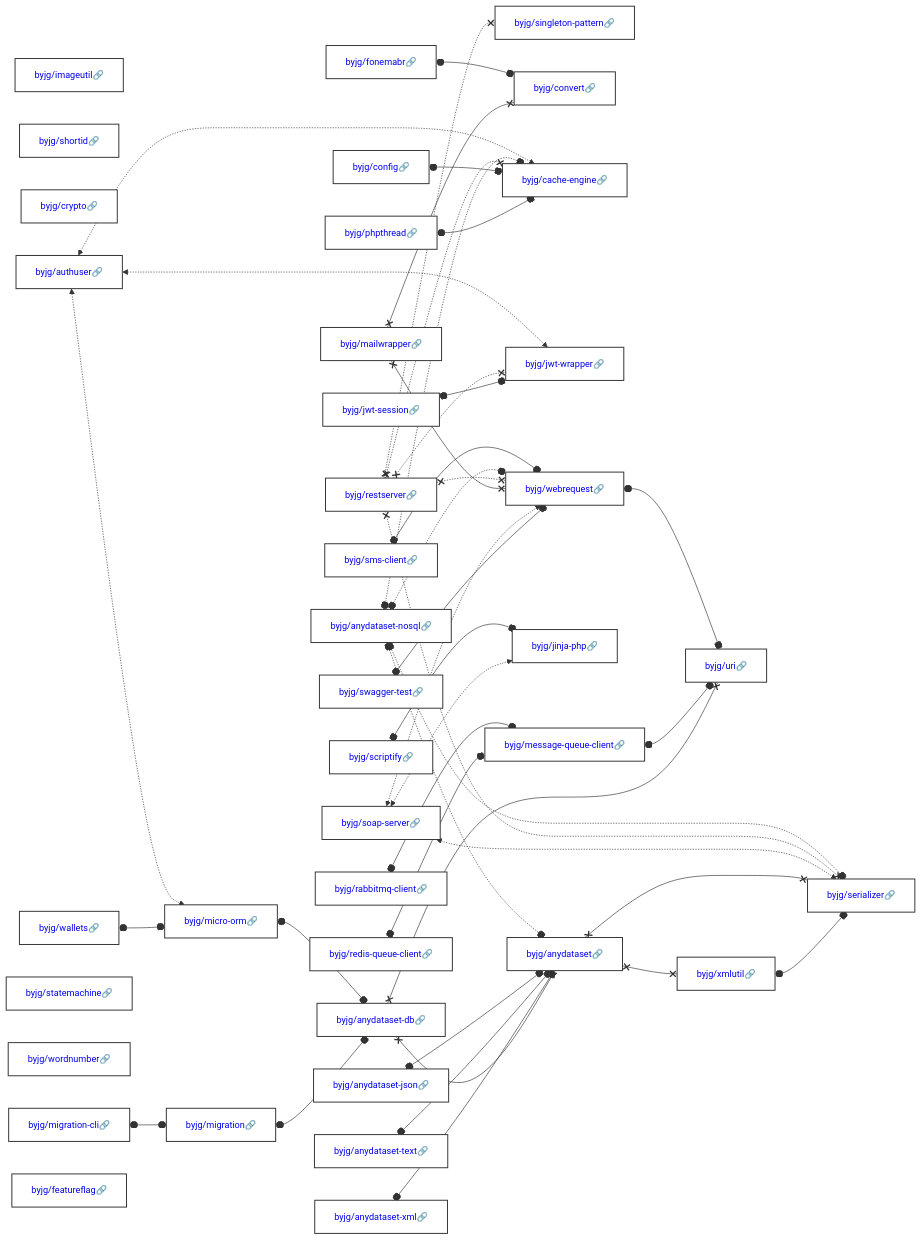
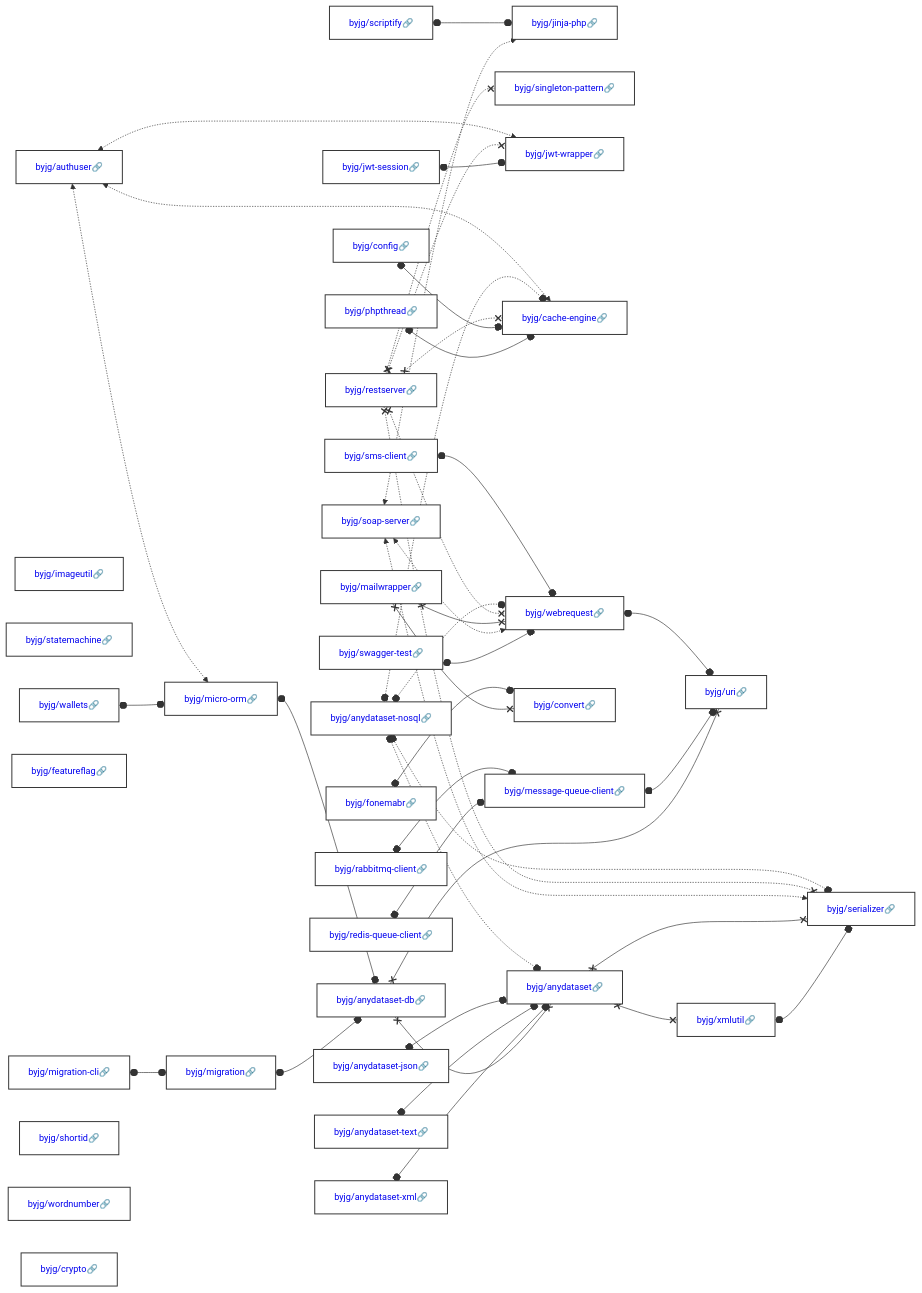
The diagram in docs/php/README.md (byjg/byjg.github.io), drawn with Mermaid before and after one commit. The commit also changed other lines of this file, not shown here.

Commit message:
Update documentation 'php' 'php-imageutil'

````diff
--- a/docs/php/README.md
+++ b/docs/php/README.md
@@ -3,38 +3,38 @@
 ```mermaid
 graph LR;
+  byjg/anydataset-xml[<a href='https://opensource.byjg.com/docs/php/anydataset-xml' style='text-decoration:none'>byjg/anydataset-xml🔗</a>];
+  byjg/migration-cli[<a href='https://opensource.byjg.com/docs/php/migration-cli' style='text-decoration:none'>byjg/migration-cli🔗</a>];
+  byjg/rabbitmq-client[<a href='https://opensource.byjg.com/docs/php/rabbitmq-client' style='text-decoration:none'>byjg/rabbitmq-client🔗</a>];
+  byjg/imageutil[<a href='https://opensource.byjg.com/docs/php/imageutil' style='text-decoration:none'>byjg/imageutil🔗</a>];
+  byjg/soap-server[<a href='https://opensource.byjg.com/docs/php/soap-server' style='text-decoration:none'>byjg/soap-server🔗</a>];
+  byjg/scriptify[<a href='https://opensource.byjg.com/docs/php/scriptify' style='text-decoration:none'>byjg/scriptify🔗</a>];
+  byjg/restserver[<a href='https://opensource.byjg.com/docs/php/restserver' style='text-decoration:none'>byjg/restserver🔗</a>];
+  byjg/anydataset-nosql[<a href='https://opensource.byjg.com/docs/php/anydataset-nosql' style='text-decoration:none'>byjg/anydataset-nosql🔗</a>];
+  byjg/config[<a href='https://opensource.byjg.com/docs/php/config' style='text-decoration:none'>byjg/config🔗</a>];
+  byjg/statemachine[<a href='https://opensource.byjg.com/docs/php/statemachine' style='text-decoration:none'>byjg/statemachine🔗</a>];
+  byjg/authuser[<a href='https://opensource.byjg.com/docs/php/authuser' style='text-decoration:none'>byjg/authuser🔗</a>];
+  byjg/jwt-session[<a href='https://opensource.byjg.com/docs/php/jwt-session' style='text-decoration:none'>byjg/jwt-session🔗</a>];
+  byjg/featureflag[<a href='https://opensource.byjg.com/docs/php/featureflag' style='text-decoration:none'>byjg/featureflag🔗</a>];
+  byjg/swagger-test[<a href='https://opensource.byjg.com/docs/php/swagger-test' style='text-decoration:none'>byjg/swagger-test🔗</a>];
+  byjg/wallets[<a href='https://opensource.byjg.com/docs/php/wallets' style='text-decoration:none'>byjg/wallets🔗</a>];
   byjg/sms-client[<a href='https://opensource.byjg.com/docs/php/sms-client' style='text-decoration:none'>byjg/sms-client🔗</a>];
-  byjg/config[<a href='https://opensource.byjg.com/docs/php/config' style='text-decoration:none'>byjg/config🔗</a>];
+  byjg/fonemabr[<a href='https://opensource.byjg.com/docs/php/fonemabr' style='text-decoration:none'>byjg/fonemabr🔗</a>];
+  byjg/shortid[<a href='https://opensource.byjg.com/docs/php/shortid' style='text-decoration:none'>byjg/shortid🔗</a>];
+  byjg/wordnumber[<a href='https://opensource.byjg.com/docs/php/wordnumber' style='text-decoration:none'>byjg/wordnumber🔗</a>];
+  byjg/anydataset-text[<a href='https://opensource.byjg.com/docs/php/anydataset-text' style='text-decoration:none'>byjg/anydataset-text🔗</a>];
+  byjg/phpthread[<a href='https://opensource.byjg.com/docs/php/phpthread' style='text-decoration:none'>byjg/phpthread🔗</a>];
+  byjg/redis-queue-client[<a href='https://opensource.byjg.com/docs/php/redis-queue-client' style='text-decoration:none'>byjg/redis-queue-client🔗</a>];
   byjg/mailwrapper[<a href='https://opensource.byjg.com/docs/php/mailwrapper' style='text-decoration:none'>byjg/mailwrapper🔗</a>];
-  byjg/imageutil[<a href='https://opensource.byjg.com/docs/php/imageutil' style='text-decoration:none'>byjg/imageutil🔗</a>];
-  byjg/phpthread[<a href='https://opensource.byjg.com/docs/php/phpthread' style='text-decoration:none'>byjg/phpthread🔗</a>];
-  byjg/anydataset-text[<a href='https://opensource.byjg.com/docs/php/anydataset-text' style='text-decoration:none'>byjg/anydataset-text🔗</a>];
-  byjg/restserver[<a href='https://opensource.byjg.com/docs/php/restserver' style='text-decoration:none'>byjg/restserver🔗</a>];
-  byjg/shortid[<a href='https://opensource.byjg.com/docs/php/shortid' style='text-decoration:none'>byjg/shortid🔗</a>];
+  byjg/crypto[<a href='https://opensource.byjg.com/docs/php/crypto' style='text-decoration:none'>byjg/crypto🔗</a>];
   byjg/anydataset-json[<a href='https://opensource.byjg.com/docs/php/anydataset-json' style='text-decoration:none'>byjg/anydataset-json🔗</a>];
-  byjg/crypto[<a href='https://opensource.byjg.com/docs/php/crypto' style='text-decoration:none'>byjg/crypto🔗</a>];
-  byjg/authuser[<a href='https://opensource.byjg.com/docs/php/authuser' style='text-decoration:none'>byjg/authuser🔗</a>];
-  byjg/scriptify[<a href='https://opensource.byjg.com/docs/php/scriptify' style='text-decoration:none'>byjg/scriptify🔗</a>];
-  byjg/migration-cli[<a href='https://opensource.byjg.com/docs/php/migration-cli' style='text-decoration:none'>byjg/migration-cli🔗</a>];
-  byjg/fonemabr[<a href='https://opensource.byjg.com/docs/php/fonemabr' style='text-decoration:none'>byjg/fonemabr🔗</a>];
-  byjg/statemachine[<a href='https://opensource.byjg.com/docs/php/statemachine' style='text-decoration:none'>byjg/statemachine🔗</a>];
-  byjg/redis-queue-client[<a href='https://opensource.byjg.com/docs/php/redis-queue-client' style='text-decoration:none'>byjg/redis-queue-client🔗</a>];
-  byjg/wordnumber[<a href='https://opensource.byjg.com/docs/php/wordnumber' style='text-decoration:none'>byjg/wordnumber🔗</a>];
-  byjg/wallets[<a href='https://opensource.byjg.com/docs/php/wallets' style='text-decoration:none'>byjg/wallets🔗</a>];
-  byjg/anydataset-nosql[<a href='https://opensource.byjg.com/docs/php/anydataset-nosql' style='text-decoration:none'>byjg/anydataset-nosql🔗</a>];
-  byjg/jwt-session[<a href='https://opensource.byjg.com/docs/php/jwt-session' style='text-decoration:none'>byjg/jwt-session🔗</a>];
-  byjg/rabbitmq-client[<a href='https://opensource.byjg.com/docs/php/rabbitmq-client' style='text-decoration:none'>byjg/rabbitmq-client🔗</a>];
-  byjg/swagger-test[<a href='https://opensource.byjg.com/docs/php/swagger-test' style='text-decoration:none'>byjg/swagger-test🔗</a>];
-  byjg/featureflag[<a href='https://opensource.byjg.com/docs/php/featureflag' style='text-decoration:none'>byjg/featureflag🔗</a>];
-  byjg/anydataset-xml[<a href='https://opensource.byjg.com/docs/php/anydataset-xml' style='text-decoration:none'>byjg/anydataset-xml🔗</a>];
-  byjg/soap-server[<a href='https://opensource.byjg.com/docs/php/soap-server' style='text-decoration:none'>byjg/soap-server🔗</a>];
+  byjg/migration[<a href='https://opensource.byjg.com/docs/php/migration' style='text-decoration:none'>byjg/migration🔗</a>];
+  byjg/jinja-php[<a href='https://opensource.byjg.com/docs/php/jinja-php' style='text-decoration:none'>byjg/jinja-php🔗</a>];
   byjg/singleton-pattern[<a href='https://opensource.byjg.com/docs/php/singleton-pattern' style='text-decoration:none'>byjg/singleton-pattern🔗</a>];
-  byjg/migration[<a href='https://opensource.byjg.com/docs/php/migration' style='text-decoration:none'>byjg/migration🔗</a>];
-  byjg/convert[<a href='https://opensource.byjg.com/docs/php/convert' style='text-decoration:none'>byjg/convert🔗</a>];
+  byjg/jwt-wrapper[<a href='https://opensource.byjg.com/docs/php/jwt-wrapper' style='text-decoration:none'>byjg/jwt-wrapper🔗</a>];
   byjg/micro-orm[<a href='https://opensource.byjg.com/docs/php/micro-orm' style='text-decoration:none'>byjg/micro-orm🔗</a>];
   byjg/cache-engine[<a href='https://opensource.byjg.com/docs/php/cache-engine' style='text-decoration:none'>byjg/cache-engine🔗</a>];
-  byjg/jwt-wrapper[<a href='https://opensource.byjg.com/docs/php/jwt-wrapper' style='text-decoration:none'>byjg/jwt-wrapper🔗</a>];
   byjg/message-queue-client[<a href='https://opensource.byjg.com/docs/php/message-queue-client' style='text-decoration:none'>byjg/message-queue-client🔗</a>];
-  byjg/jinja-php[<a href='https://opensource.byjg.com/docs/php/jinja-php' style='text-decoration:none'>byjg/jinja-php🔗</a>];
+  byjg/convert[<a href='https://opensource.byjg.com/docs/php/convert' style='text-decoration:none'>byjg/convert🔗</a>];
   byjg/webrequest[<a href='https://opensource.byjg.com/docs/php/webrequest' style='text-decoration:none'>byjg/webrequest🔗</a>];
   byjg/anydataset-db[<a href='https://opensource.byjg.com/docs/php/anydataset-db' style='text-decoration:none'>byjg/anydataset-db🔗</a>];
   byjg/anydataset[<a href='https://opensource.byjg.com/docs/php/anydataset' style='text-decoration:none'>byjg/anydataset🔗</a>];
````
